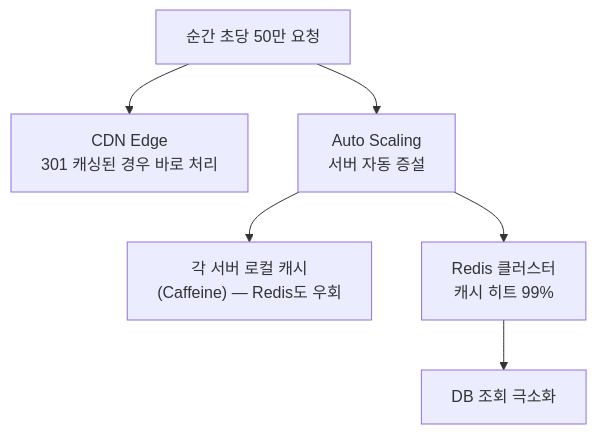
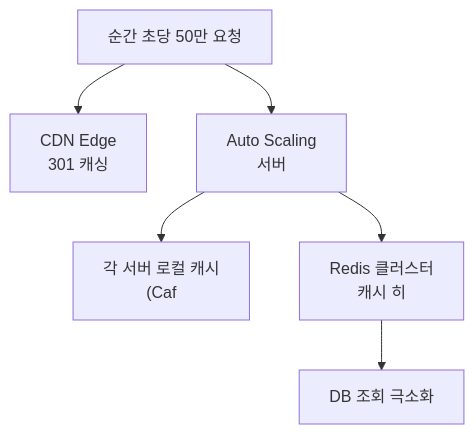
One commit to yjkim2015/yjkim2015.github.io changed the eighth of 8 diagrams in _posts/systemdesign/2026-05-02-system-design-url-shortener.md. Above: the diagram before and after it, drawn with Mermaid. The commit also changed other lines of this file and 271 other files, not shown here.

First line of the commit message:
Mermaid 라벨 축소: 긴 노드 텍스트 18자 이하로 트림 + \n 제거

````diff
--- a/_posts/systemdesign/2026-05-02-system-design-url-shortener.md
+++ b/_posts/systemdesign/2026-05-02-system-design-url-shortener.md
@@ -320,8 +320,8 @@
 ```mermaid
 graph TD
-    Traffic["순간 초당 50만 요청"] --> CDN["CDN Edge<br>301 캐싱된 경우 바로 처리"]
-    Traffic --> LB["Auto Scaling<br>서버 자동 증설"]
-    LB --> LocalCache["각 서버 로컬 캐시<br>(Caffeine) — Redis도 우회"]
-    LB --> Redis["Redis 클러스터<br>캐시 히트 99%"]
+    Traffic["순간 초당 50만 요청"] --> CDN["CDN Edge<br>301 캐싱"]
+    Traffic --> LB["Auto Scaling<br>서버"]
+    LB --> LocalCache["각 서버 로컬 캐시<br>(Caf"]
+    LB --> Redis["Redis 클러스터<br>캐시 히"]
     Redis --> DB["DB 조회 극소화"]
 ```
````
